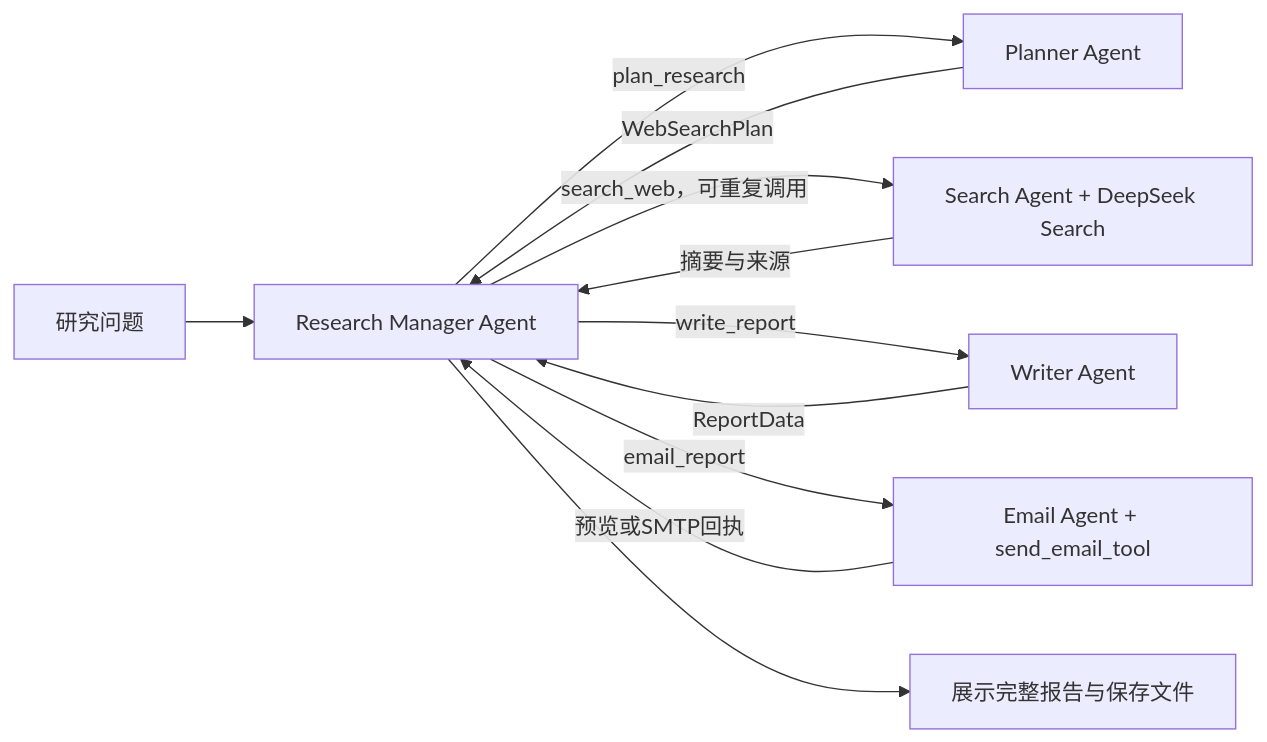
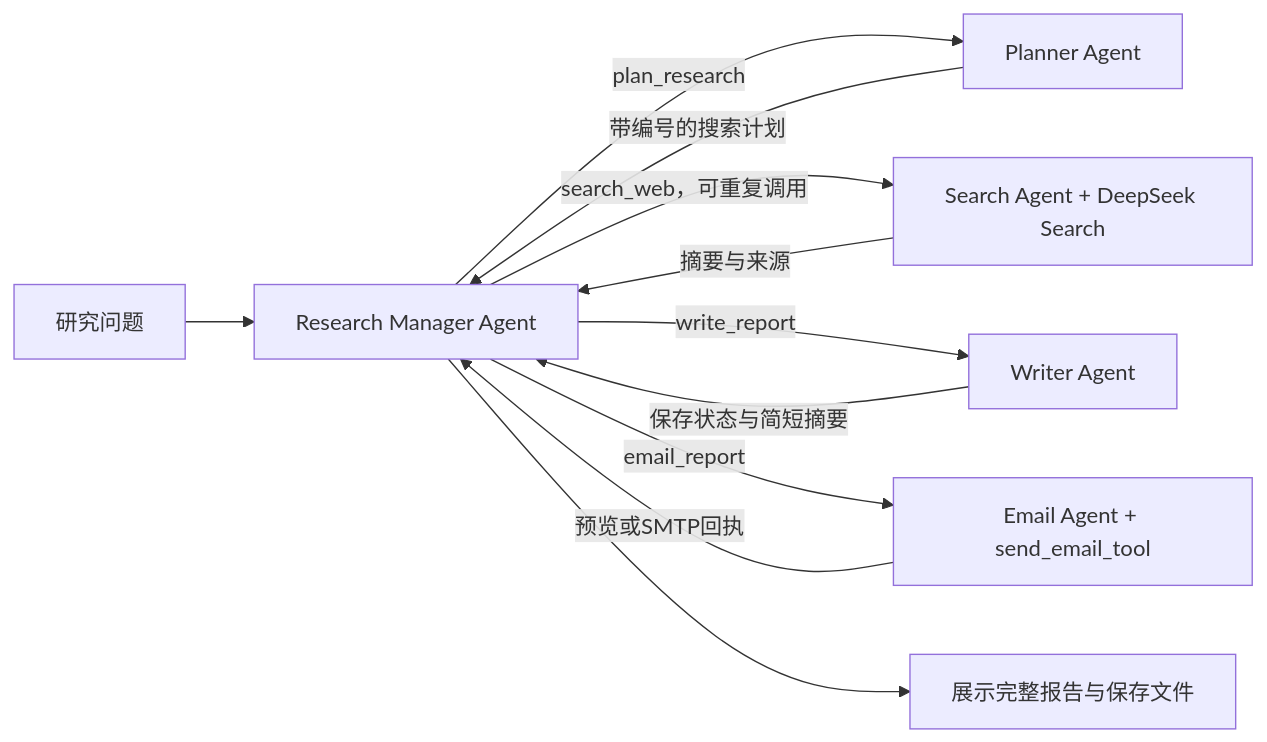
Before and after one commit to GU143312/deep-research-via-tools: the diagram in subgroup1/docs/GUIDE.zh-CN.md, drawn with Mermaid. The commit also changed other lines of this file and 7 other files, not shown here.

Commit message:
Enforce research plan coverage and search limits in SDK orchestration

````diff
--- a/subgroup1/docs/GUIDE.zh-CN.md
+++ b/subgroup1/docs/GUIDE.zh-CN.md
@@ -125,13 +125,13 @@
 ```mermaid
 flowchart LR
     U[研究问题] --> M[Research Manager Agent]
     M -->|plan_research| P[Planner Agent]
-    P -->|WebSearchPlan| M
+    P -->|带编号的搜索计划| M
     M -->|search_web，可重复调用| S[Search Agent + DeepSeek Search]
     S -->|摘要与来源| M
     M -->|write_report| W[Writer Agent]
-    W -->|ReportData| M
+    W -->|保存状态与简短摘要| M
     M -->|email_report| E[Email Agent + send_email_tool]
     E -->|预览或SMTP回执| M
     M --> R[展示完整报告与保存文件]
 ```
````
